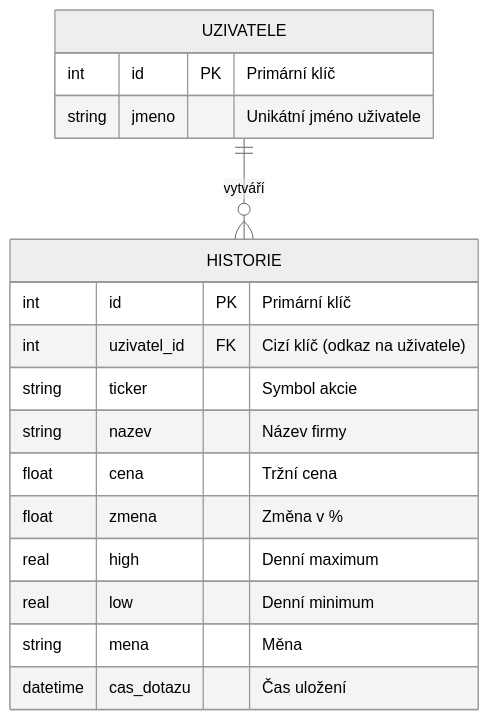
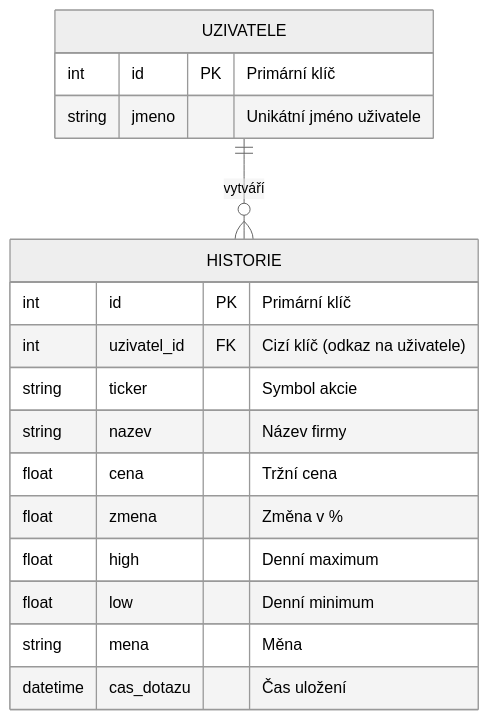
One commit to peterkokminiak-dotcom/AnalyzatorAkcii changed the diagram in README.md. Above: the diagram before and after it, drawn with Mermaid (neutral theme).

````diff
--- a/README.md
+++ b/README.md
@@ -1,20 +1,20 @@
 ```mermaid
 erDiagram
     UZIVATELE ||--o{ HISTORIE : "vytváří"
     UZIVATELE {
         int id PK "Primární klíč"
         string jmeno "Unikátní jméno uživatele"
     }
     HISTORIE {
         int id PK "Primární klíč"
         int uzivatel_id FK "Cizí klíč (odkaz na uživatele)"
         string ticker "Symbol akcie"
         string nazev "Název firmy"
         float cena "Tržní cena"
         float zmena "Změna v %"
-        real high "Denní maximum"
-        real low "Denní minimum"
+        float high "Denní maximum"
+        float low "Denní minimum"
         string mena "Měna"
         datetime cas_dotazu "Čas uložení"
     }
 ```
````
